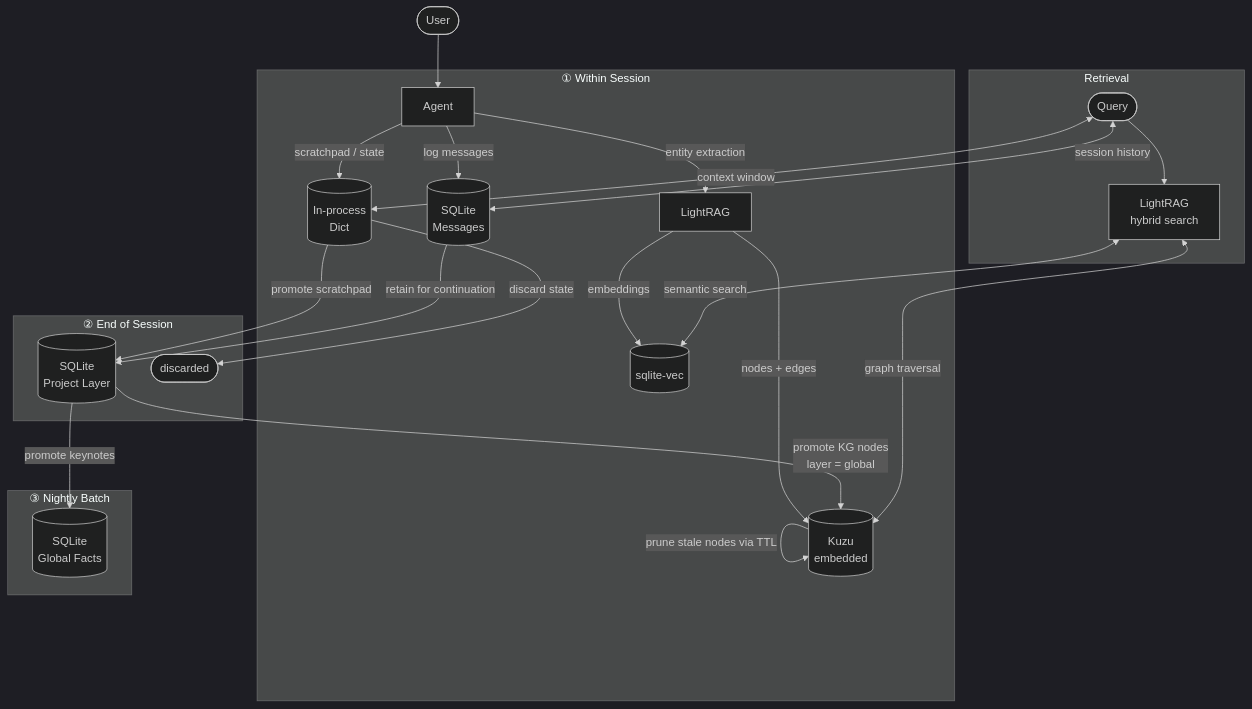
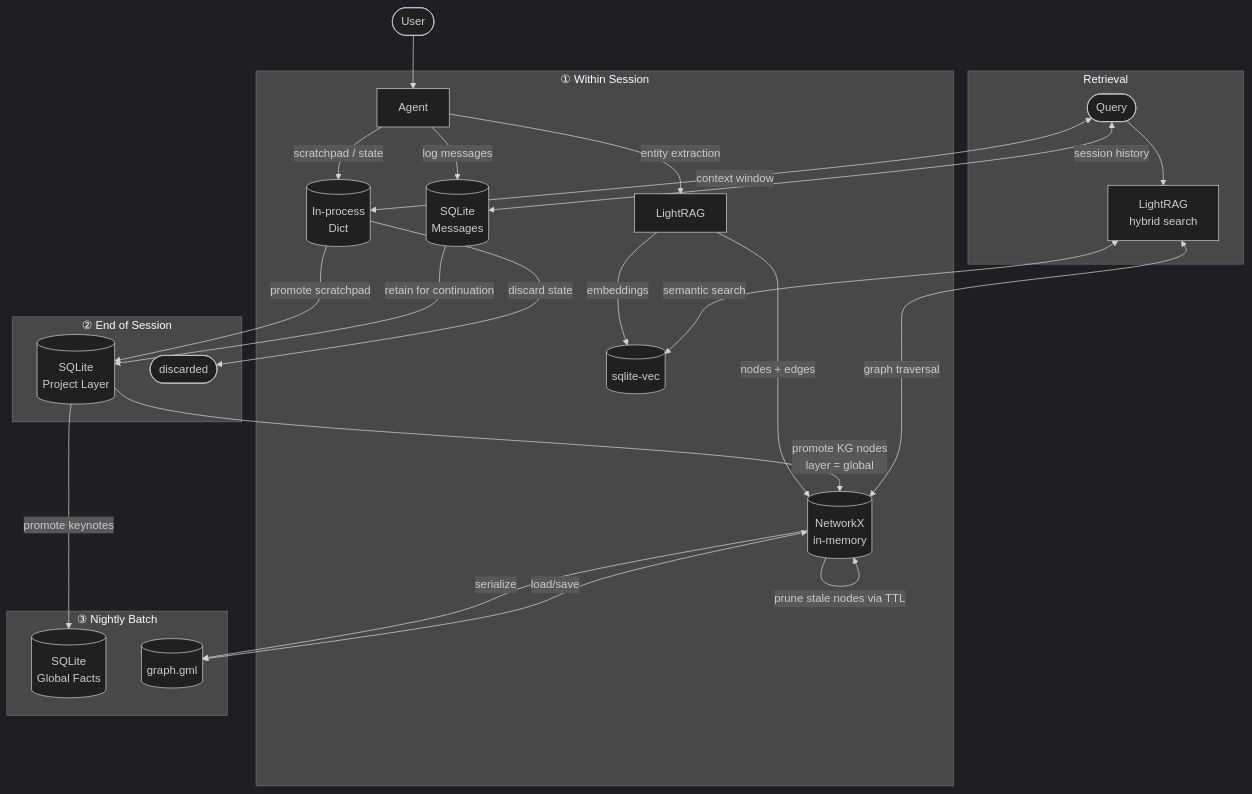
One commit to KodeWorker/craftsman changed the diagram in docs/plan/overview.md. Above: the diagram before and after it, drawn with Mermaid (dark theme). The commit also changed other lines of this file and 1 other file, not shown here.

Commit message:
kuzu -> networkx

````diff
--- a/docs/plan/overview.md
+++ b/docs/plan/overview.md
@@ -38,32 +38,34 @@
 ```mermaid
 flowchart TD
     U([User]) --> AG[Agent]
 
     subgraph LIVE["① Within Session"]
         AG -->|scratchpad / state| MEM[(In-process\nDict)]
         AG -->|log messages| MSG[(SQLite\nMessages)]
         AG -->|entity extraction| LR[LightRAG]
-        LR -->|nodes + edges| KZ[(Kuzu\nembedded)]
+        LR -->|nodes + edges| KZ[(NetworkX\nin-memory)]
         LR -->|embeddings| VEC[(sqlite-vec)]
     end
 
     subgraph EOS["② End of Session"]
         MEM -->|promote scratchpad| PROJ[(SQLite\nProject Layer)]
         MSG -->|retain for continuation| PROJ
         MEM -->|discard state| NIL([discarded])
     end
 
     subgraph NIGHT["③ Nightly Batch"]
         PROJ -->|promote keynotes| GF[(SQLite\nGlobal Facts)]
         PROJ -->|promote KG nodes\nlayer = global| KZ
         KZ -->|prune stale nodes via TTL| KZ
+        KZ -->|serialize| GML[(graph.gml)]
     end
 
     subgraph READ["Retrieval"]
         Q([Query]) --> LR2[LightRAG\nhybrid search]
         LR2 <-->|graph traversal| KZ
+        KZ <-->|load/save| GML
         LR2 <-->|semantic search| VEC
         Q <-->|context window| MEM
         Q <-->|session history| MSG
     end
 ```
````
